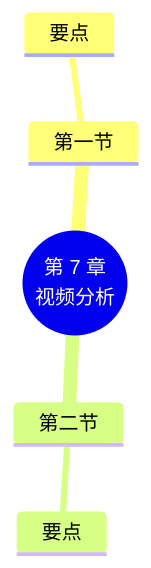
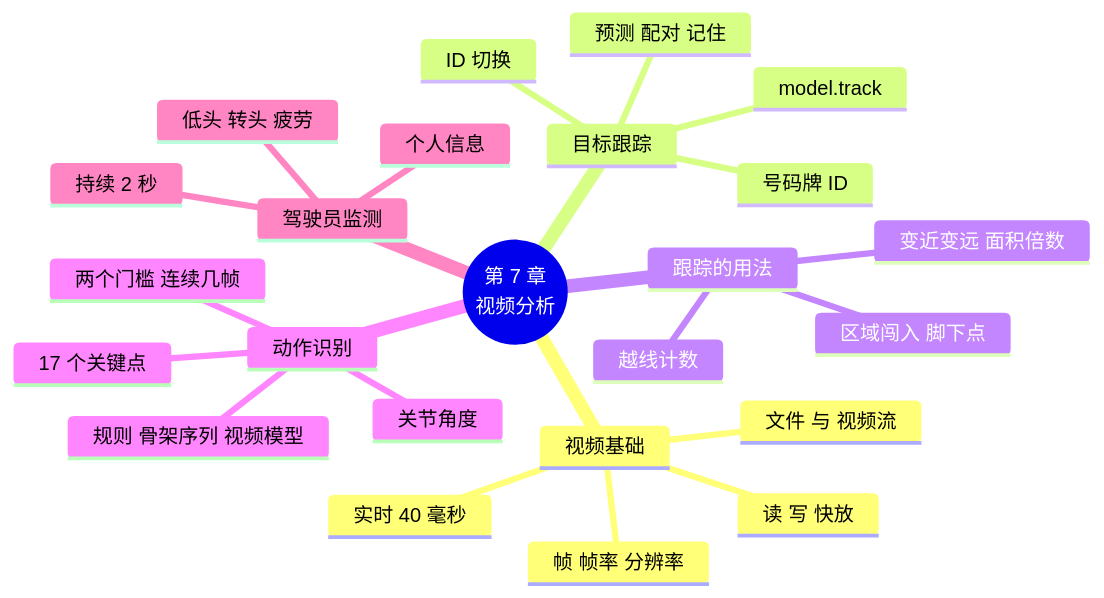
The diagram in docs/chapters/07-video/index.md (MingziFu9/cv-textbook), drawn with Mermaid before and after one commit. The commit also changed other lines of this file and 29 other files, not shown here.

````diff
--- a/docs/chapters/07-video/index.md
+++ b/docs/chapters/07-video/index.md
@@ -227,8 +792,27 @@
 ```mermaid
 mindmap
   root((第 7 章<br/>视频分析))
-    第一节
-      要点
-    第二节
-      要点
+    视频基础
+      帧 帧率 分辨率
+      文件 与 视频流
+      读 写 快放
+      实时 40 毫秒
+    目标跟踪
+      号码牌 ID
+      预测 配对 记住
+      ID 切换
+      model.track
+    跟踪的用法
+      越线计数
+      区域闯入 脚下点
+      变近变远 面积倍数
+    动作识别
+      17 个关键点
+      关节角度
+      两个门槛 连续几帧
+      规则 骨架序列 视频模型
+    驾驶员监测
+      低头 转头 疲劳
+      持续 2 秒
+      个人信息
 ```
````
